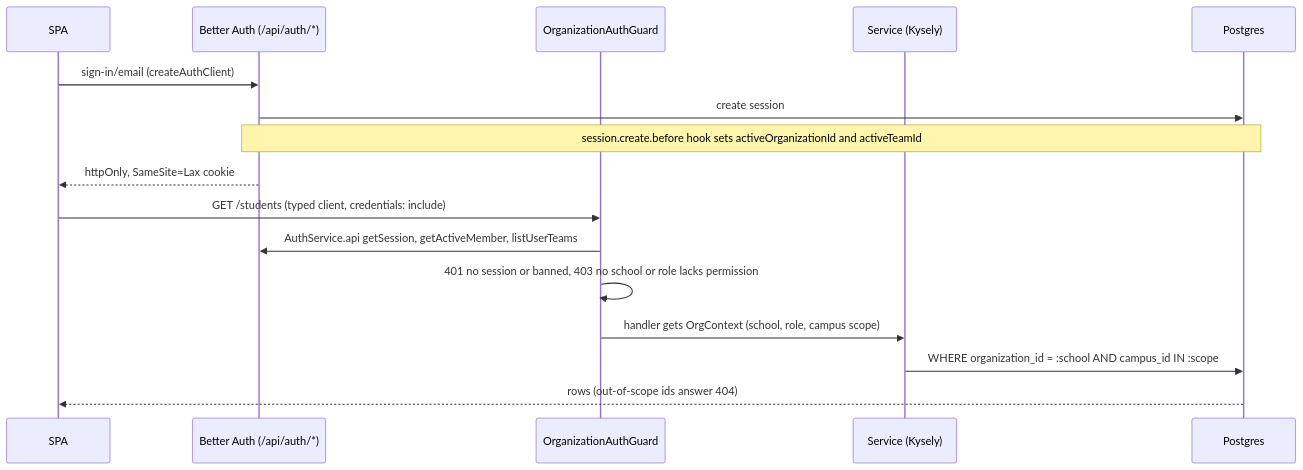
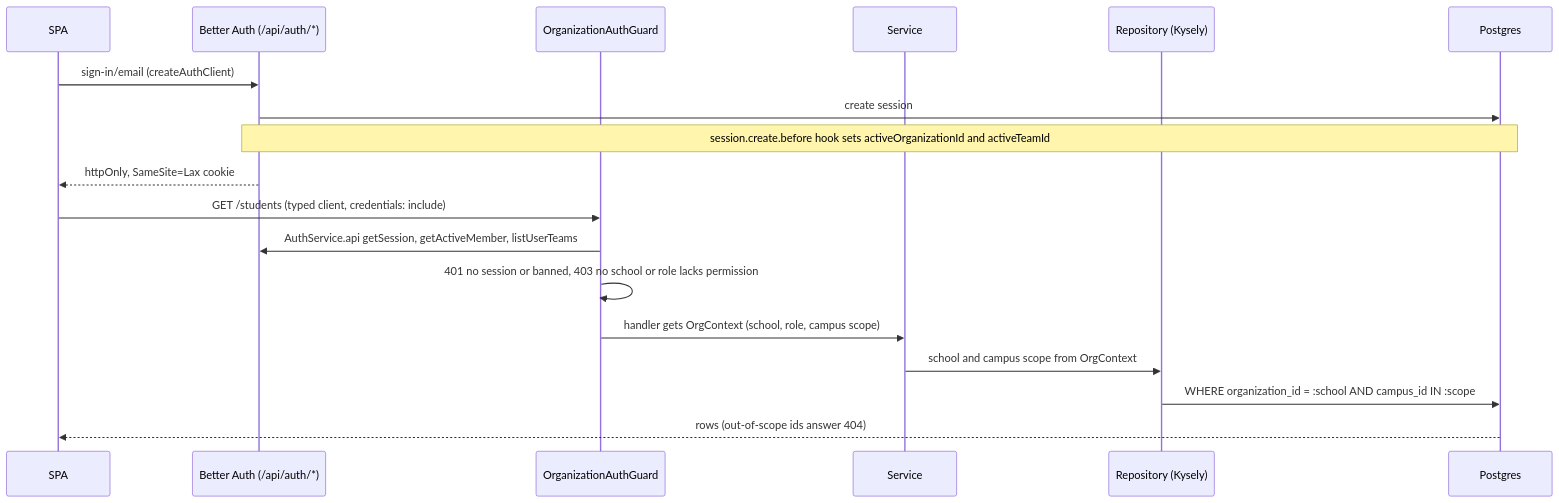
Before and after one commit to RuneKingTony/Eduvault: the second of 2 diagrams in docs/architecture.md, drawn with Mermaid. The commit also changed other lines of this file and 1 other file, not shown here.

Commit message:
docs: describe the controller, service and repository layering

````diff
--- a/docs/architecture.md
+++ b/docs/architecture.md
@@ -50,19 +50,21 @@
 ```mermaid
 sequenceDiagram
   participant SPA
   participant BA as Better Auth (/api/auth/*)
   participant G as OrganizationAuthGuard
-  participant S as Service (Kysely)
+  participant S as Service
+  participant R as Repository (Kysely)
   participant DB as Postgres
 
   SPA->>BA: sign-in/email (createAuthClient)
   BA->>DB: create session
   Note over BA,DB: session.create.before hook sets activeOrganizationId and activeTeamId
   BA-->>SPA: httpOnly, SameSite=Lax cookie
   SPA->>G: GET /students (typed client, credentials: include)
   G->>BA: AuthService.api getSession, getActiveMember, listUserTeams
   G->>G: 401 no session or banned, 403 no school or role lacks permission
   G->>S: handler gets OrgContext (school, role, campus scope)
-  S->>DB: WHERE organization_id = :school AND campus_id IN :scope
+  S->>R: school and campus scope from OrgContext
+  R->>DB: WHERE organization_id = :school AND campus_id IN :scope
   DB-->>SPA: rows (out-of-scope ids answer 404)
 ```
````
